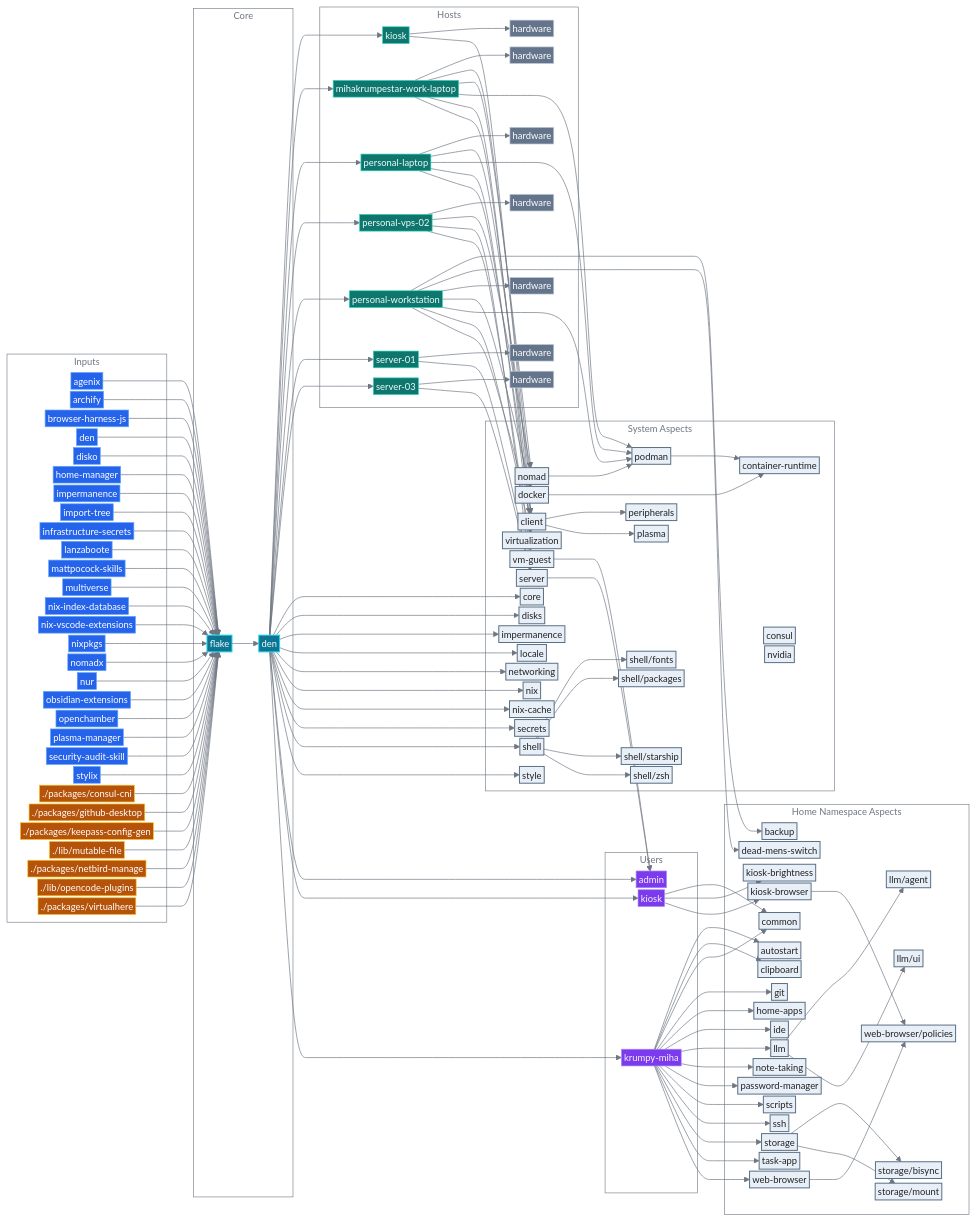
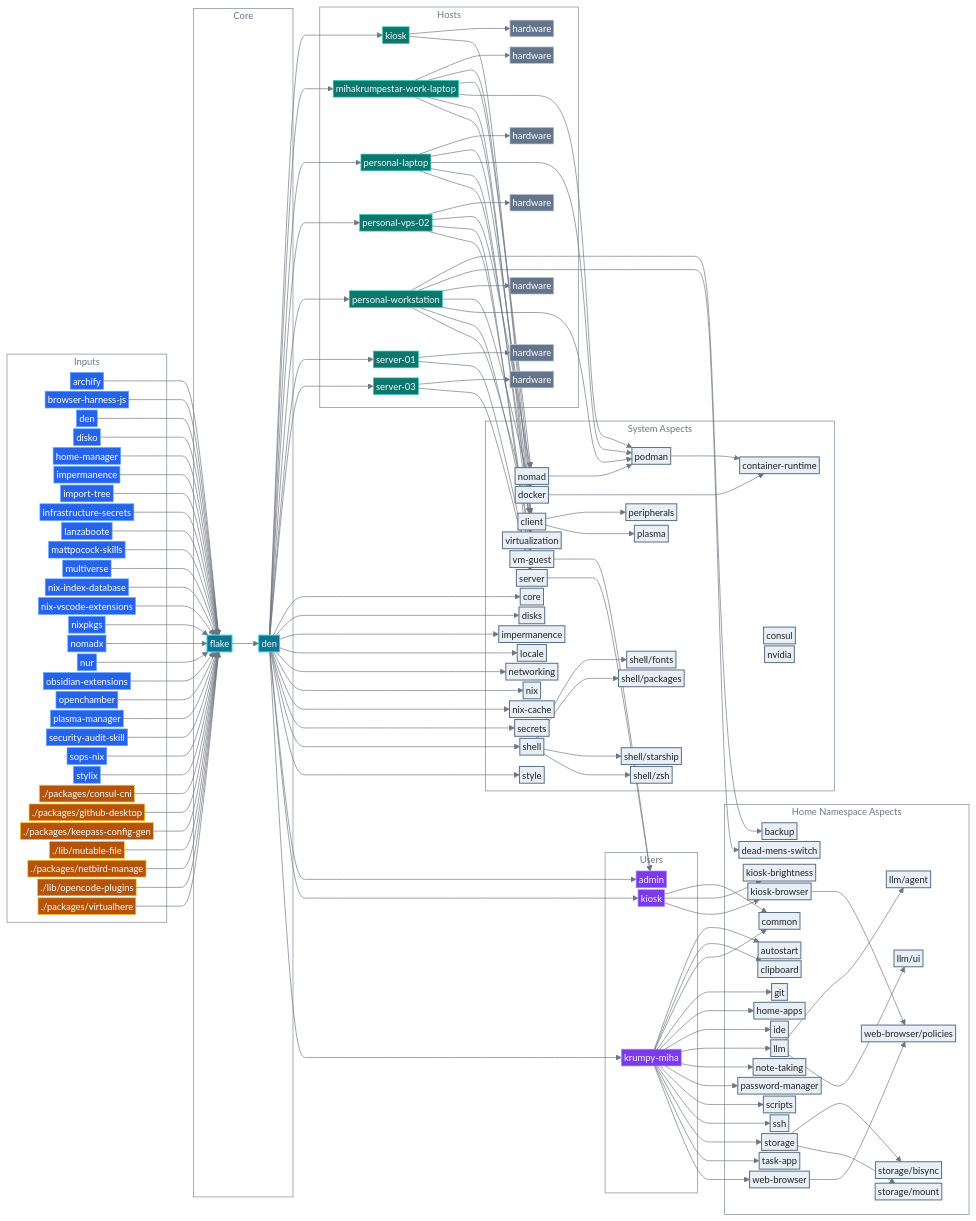
The diagram in README.md (mihakrumpestar/infrastructure), drawn with Mermaid before and after one commit. The commit also changed other lines of this file and 24 other files, not shown here.

Commit message:
feat: agenix -> sops-nix

```diff
--- a/README.md
+++ b/README.md
@@ -132,7 +132,6 @@
     classDef config fill:#64748b,stroke:#cbd5e1,stroke-width:1px,color:#ffffff
 
     subgraph Inputs[Inputs]
-        input_agenix["agenix"]:::input
         input_archify["archify"]:::input
         input_browser_harness_js["browser-harness-js"]:::input
         input_den["den"]:::input
@@ -153,6 +152,7 @@
         input_openchamber["openchamber"]:::input
         input_plasma_manager["plasma-manager"]:::input
         input_security_audit_skill["security-audit-skill"]:::input
+        input_sops_nix["sops-nix"]:::input
         input_stylix["stylix"]:::input
         local_consul_cni["./packages/consul-cni"]:::local
         local_github_desktop["./packages/github-desktop"]:::local
@@ -302,7 +302,6 @@
     host_server_01 --> type_server
     host_server_03 --> host_server_03_hardware
     host_server_03 --> type_server
-    input_agenix --> flake
     input_archify --> flake
     input_browser_harness_js --> flake
     input_den --> flake
@@ -323,6 +322,7 @@
     input_openchamber --> flake
     input_plasma_manager --> flake
     input_security_audit_skill --> flake
+    input_sops_nix --> flake
     input_stylix --> flake
     local_consul_cni --> flake
     local_github_desktop --> flake
```
